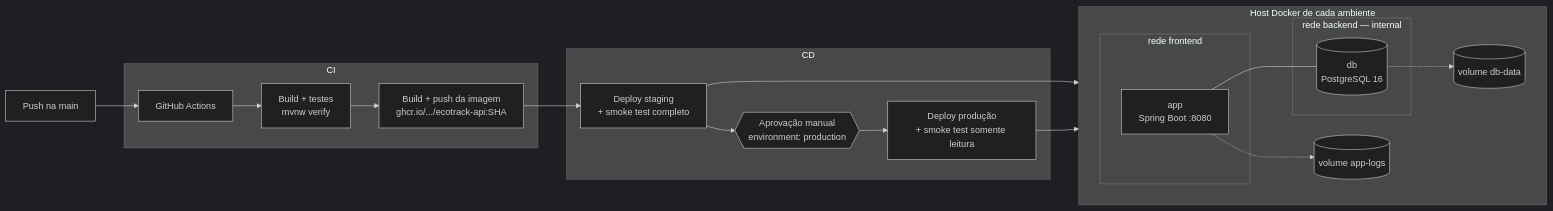
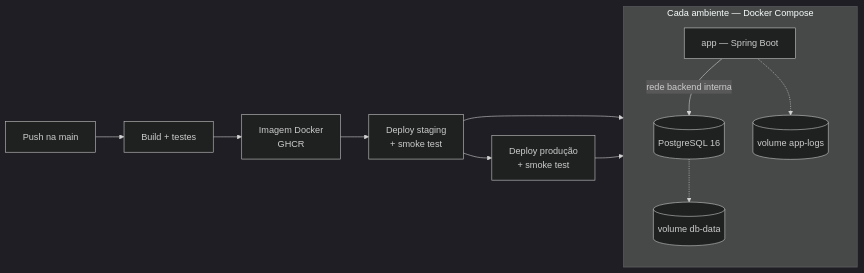
One commit to mateusbhering/FIAP_Fase6_Desafio_Devops changed the first of 2 diagrams in README.md. Above: the diagram before and after it, drawn with Mermaid (dark theme). The commit also changed other lines of this file and 15 other files, not shown here.

````diff
--- a/README.md
+++ b/README.md
@@ -23,28 +23,11 @@
 ```mermaid
 flowchart LR
-    dev[Push na main] --> gh[GitHub Actions]
-    subgraph CI
-      gh --> build[Build + testes<br/>mvnw verify]
-      build --> img[Build + push da imagem<br/>ghcr.io/.../ecotrack-api:SHA]
+    push[Push na main] --> build[Build + testes] --> img[Imagem Docker<br/>GHCR] --> stg[Deploy staging<br/>+ smoke test] --> prd[Deploy produção<br/>+ smoke test]
+    subgraph ambiente[Cada ambiente — Docker Compose]
+      app[app — Spring Boot] -->|rede backend interna| db[(PostgreSQL 16)]
+      db -.-> v1[(volume db-data)]
+      app -.-> v2[(volume app-logs)]
     end
-    subgraph CD
-      img --> stg[Deploy staging<br/>+ smoke test completo]
-      stg --> gate{{Aprovação manual<br/>environment: production}}
-      gate --> prd[Deploy produção<br/>+ smoke test somente leitura]
-    end
-
-    subgraph host[Host Docker de cada ambiente]
-      direction LR
-      subgraph fe[rede frontend]
-        app[app<br/>Spring Boot :8080]
-      end
-      subgraph be[rede backend — internal]
-        db[(db<br/>PostgreSQL 16)]
-      end
-      app --- db
-      app -.-> vlog[(volume app-logs)]
-      db -.-> vdata[(volume db-data)]
-    end
-    stg --> host
-    prd --> host
+    stg --> ambiente
+    prd --> ambiente
 ```
````
